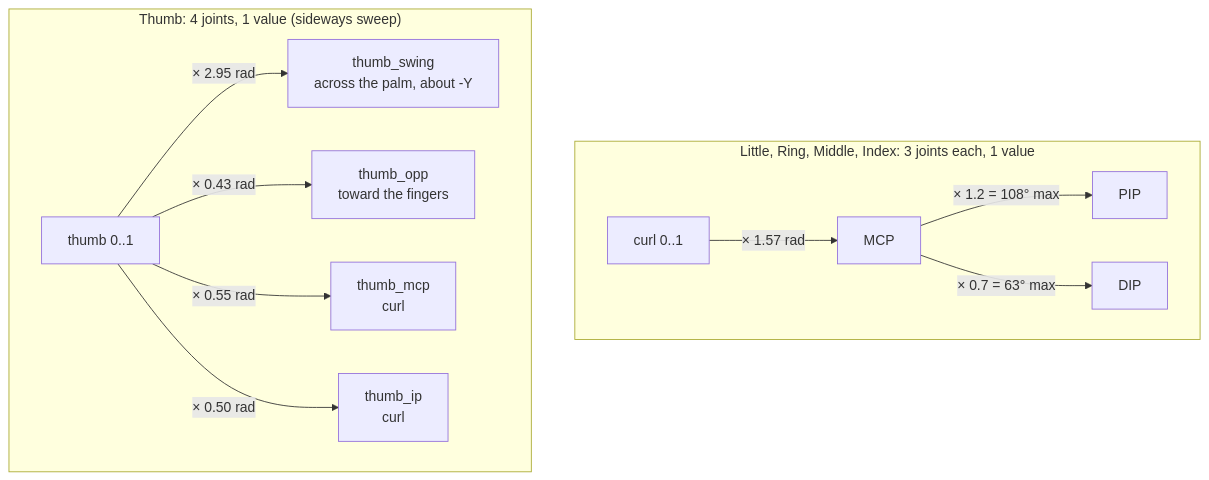
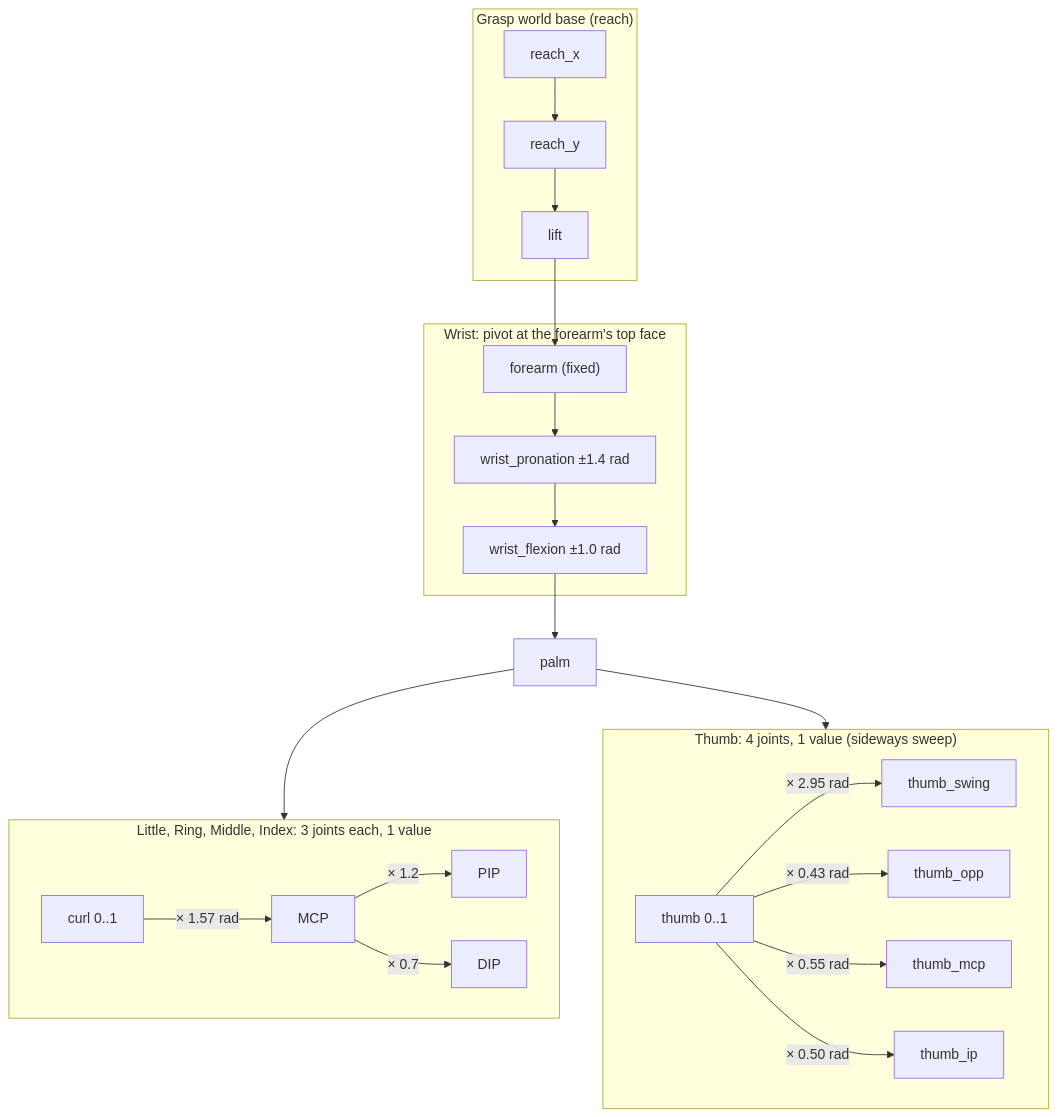
The third of 3 diagrams in README.md (mrsssok2/robotic_prosthetic_hand), drawn with Mermaid before and after one commit. The commit also changed other lines of this file, not shown here.

````diff
--- a/README.md
+++ b/README.md
@@ -122,14 +153,24 @@
 ```mermaid
 flowchart TD
+  subgraph B["Grasp world base (reach)"]
+    rx["reach_x"] --> ry["reach_y"] --> lf["lift"]
+  end
+  lf --> fa["forearm (fixed)"]
+  subgraph W["Wrist: pivot at the forearm's top face"]
+    fa --> pr["wrist_pronation ±1.4 rad"] --> fx["wrist_flexion ±1.0 rad"]
+  end
+  fx --> palm["palm"]
   subgraph F["Little, Ring, Middle, Index: 3 joints each, 1 value"]
     c["curl 0..1"] -- "× 1.57 rad" --> mcp["MCP"]
-    mcp -- "× 1.2 = 108° max" --> pip["PIP"]
-    mcp -- "× 0.7 = 63° max" --> dip["DIP"]
+    mcp -- "× 1.2" --> pip["PIP"]
+    mcp -- "× 0.7" --> dip["DIP"]
   end
   subgraph T["Thumb: 4 joints, 1 value (sideways sweep)"]
-    t["thumb 0..1"] -- "× 2.95 rad" --> sw["thumb_swing<br/>across the palm, about -Y"]
-    t -- "× 0.43 rad" --> op["thumb_opp<br/>toward the fingers"]
-    t -- "× 0.55 rad" --> tm["thumb_mcp<br/>curl"]
-    t -- "× 0.50 rad" --> ti["thumb_ip<br/>curl"]
+    t["thumb 0..1"] -- "× 2.95 rad" --> sw["thumb_swing"]
+    t -- "× 0.43 rad" --> op["thumb_opp"]
+    t -- "× 0.55 rad" --> tm["thumb_mcp"]
+    t -- "× 0.50 rad" --> ti["thumb_ip"]
   end
+  palm --> F
+  palm --> T
 ```
````
